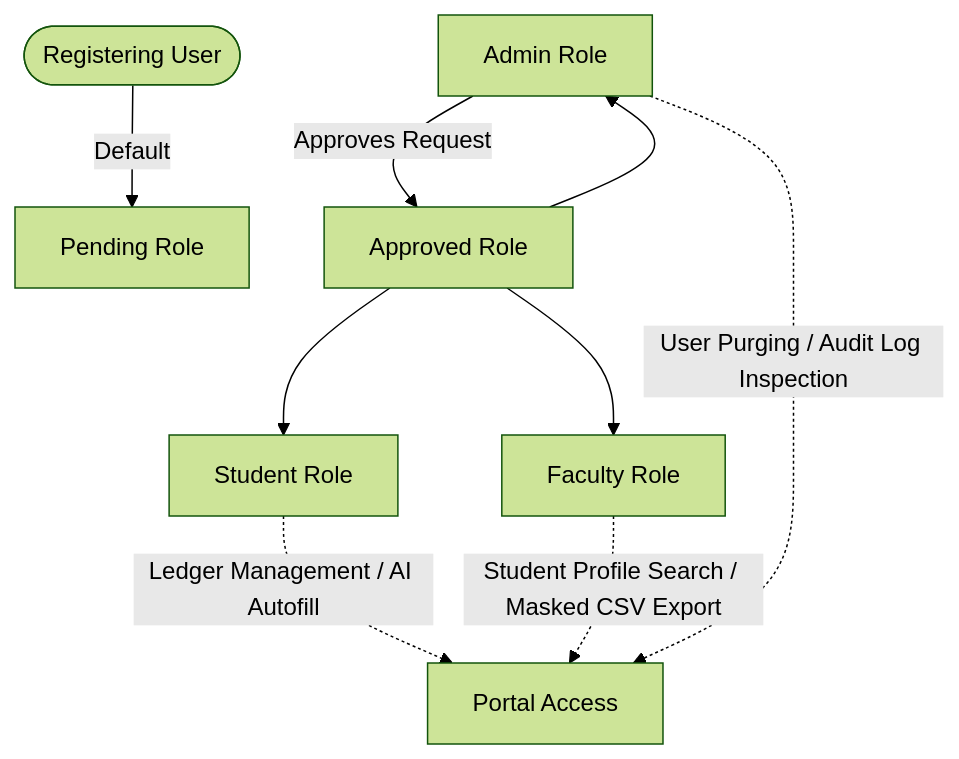
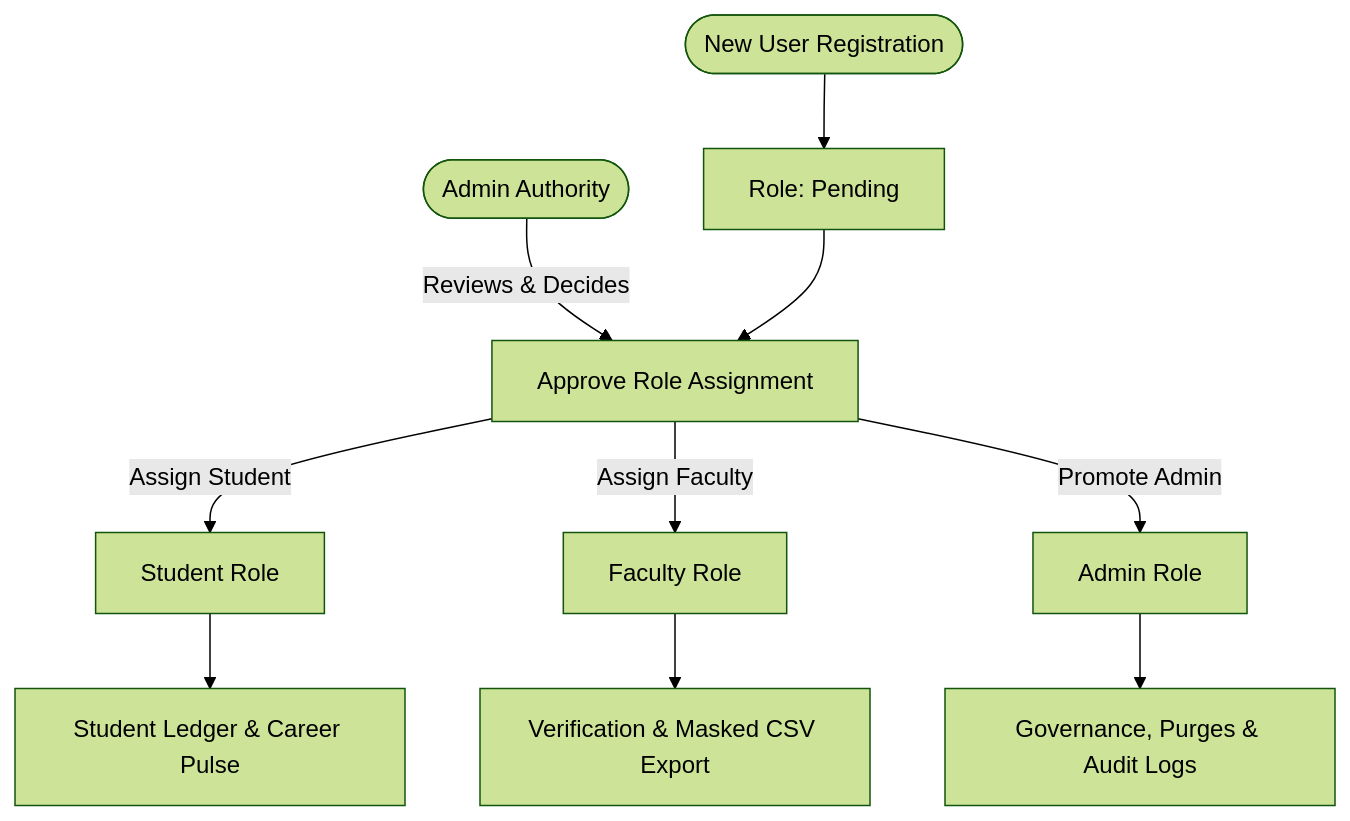
Before and after one commit to tanish-jain-225/Department-Ledger-Portal: the second of 2 diagrams in README.md, drawn with Mermaid (forest theme). The commit also changed other lines of this file and 5 other files, not shown here.

````diff
--- a/README.md
+++ b/README.md
@@ -113,12 +118,14 @@
 ```mermaid
-graph TD
-    User([Registering User]) -->|Default| Pending[Pending Role]
-    Admin[Admin Role] -->|Approves Request| Approve[Approved Role]
-    Approve --> Student[Student Role]
-    Approve --> Faculty[Faculty Role]
-    Approve --> Admin
+flowchart TD
+    NewUser([New User Registration]) --> DefaultPending[Role: Pending]
+    AdminActor([Admin Authority]) -->|Reviews & Decides| ApproveRequest[Approve Role Assignment]
+    DefaultPending --> ApproveRequest
     
-    Student -.->|Ledger Management / AI Autofill| Portal[Portal Access]
-    Faculty -.->|Student Profile Search / Masked CSV Export| Portal
-    Admin -.->|User Purging / Audit Log Inspection| Portal
+    ApproveRequest -->|Assign Student| Student[Student Role]
+    ApproveRequest -->|Assign Faculty| Faculty[Faculty Role]
+    ApproveRequest -->|Promote Admin| AdminRole[Admin Role]
+    
+    Student --> StudentPortal[Student Ledger & Career Pulse]
+    Faculty --> FacultyPortal[Verification & Masked CSV Export]
+    AdminRole --> AdminPortal[Governance, Purges & Audit Logs]
 ```
````
